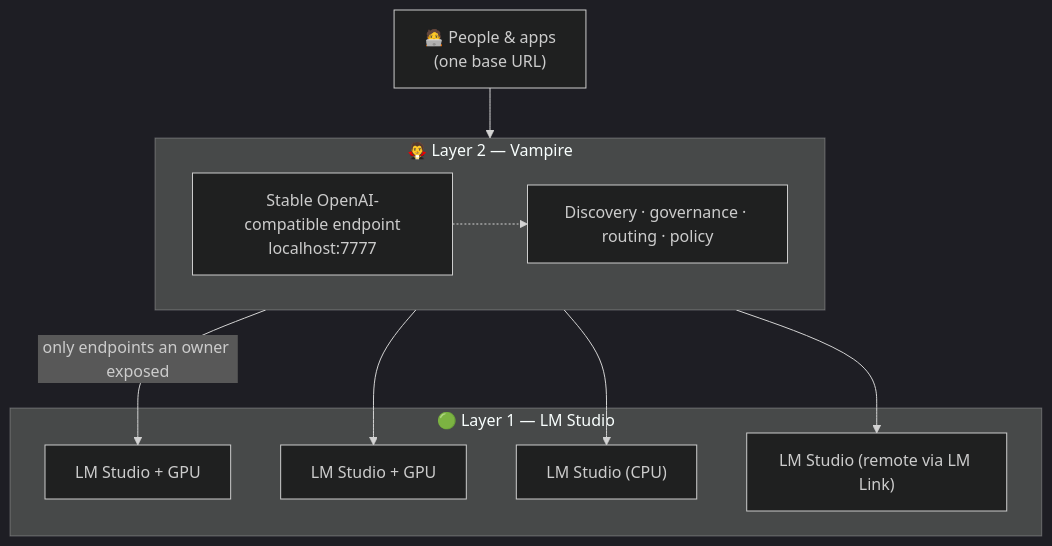
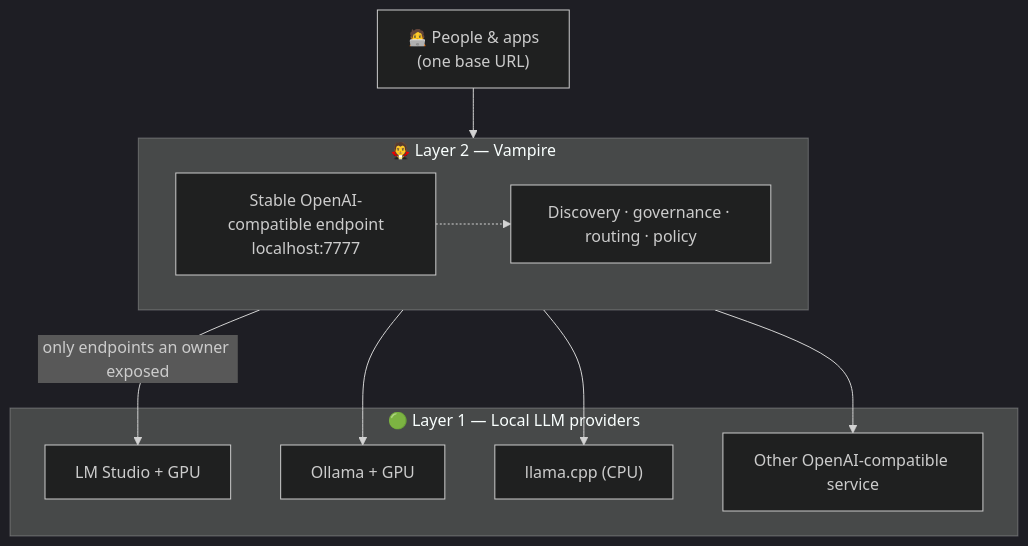
One commit to japer-technology/llm-vampire changed the diagram in docs/manual/01-introduction.md. Above: the diagram before and after it, drawn with Mermaid (dark theme). The commit also changed other lines of this file and 68 other files, not shown here.

````diff
--- a/docs/manual/01-introduction.md
+++ b/docs/manual/01-introduction.md
@@ -44,23 +44,23 @@
 ```mermaid
 flowchart TD
     clients["🧑‍💻 People & apps<br/>(one base URL)"]
 
     subgraph L2["🧛 Layer 2 — Vampire"]
         gate["Stable OpenAI-compatible endpoint<br/>localhost:7777"]
         gov["Discovery · governance · routing · policy"]
     end
 
-    subgraph L1["🟢 Layer 1 — LM Studio"]
+    subgraph L1["🟢 Layer 1 — Local LLM providers"]
         n1["LM Studio + GPU"]
-        n2["LM Studio + GPU"]
-        n3["LM Studio (CPU)"]
-        n4["LM Studio (remote via LM Link)"]
+        n2["Ollama + GPU"]
+        n3["llama.cpp (CPU)"]
+        n4["Other OpenAI-compatible service"]
     end
 
     clients --> L2
     gate -.-> gov
     L2 -->|"only endpoints an owner exposed"| n1
     L2 --> n2
     L2 --> n3
     L2 --> n4
 ```
````
